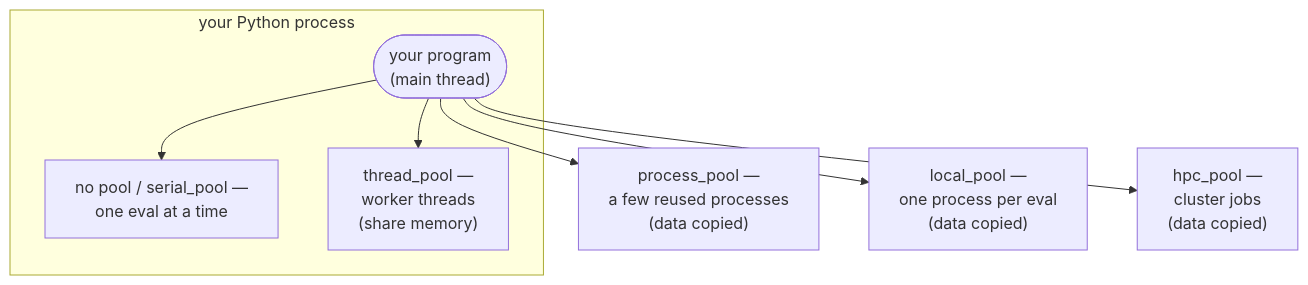
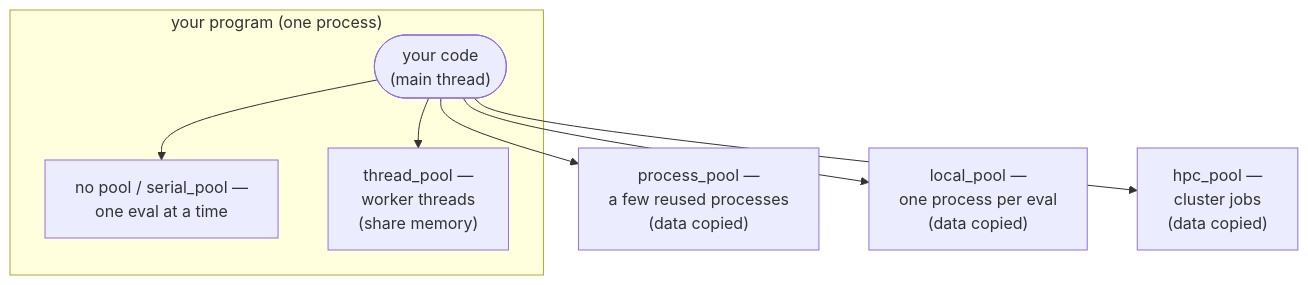
The diagram in docs/getting_started/execution.md (TNO-ropt/ropt), drawn with Mermaid before and after one commit. The commit also changed other lines of this file and 74 other files, not shown here.

````diff
--- a/docs/getting_started/execution.md
+++ b/docs/getting_started/execution.md
@@ -26,16 +24,16 @@
 ```mermaid
 flowchart TB
-    subgraph proc["your Python process"]
-        main(["your program<br/>(main thread)"])
+    subgraph proc["your program (one process)"]
+        main(["your code<br/>(main thread)"])
         seq["no pool / serial_pool —<br/>one eval at a time"]
         th["thread_pool —<br/>worker threads<br/>(share memory)"]
     end
     wp["process_pool —<br/>a few reused processes<br/>(data copied)"]
     loc["local_pool —<br/>one process per eval<br/>(data copied)"]
     clu["hpc_pool —<br/>cluster jobs<br/>(data copied)"]
     main --> seq
     main --> th
     main --> wp
     main --> loc
     main --> clu
 ```
````
